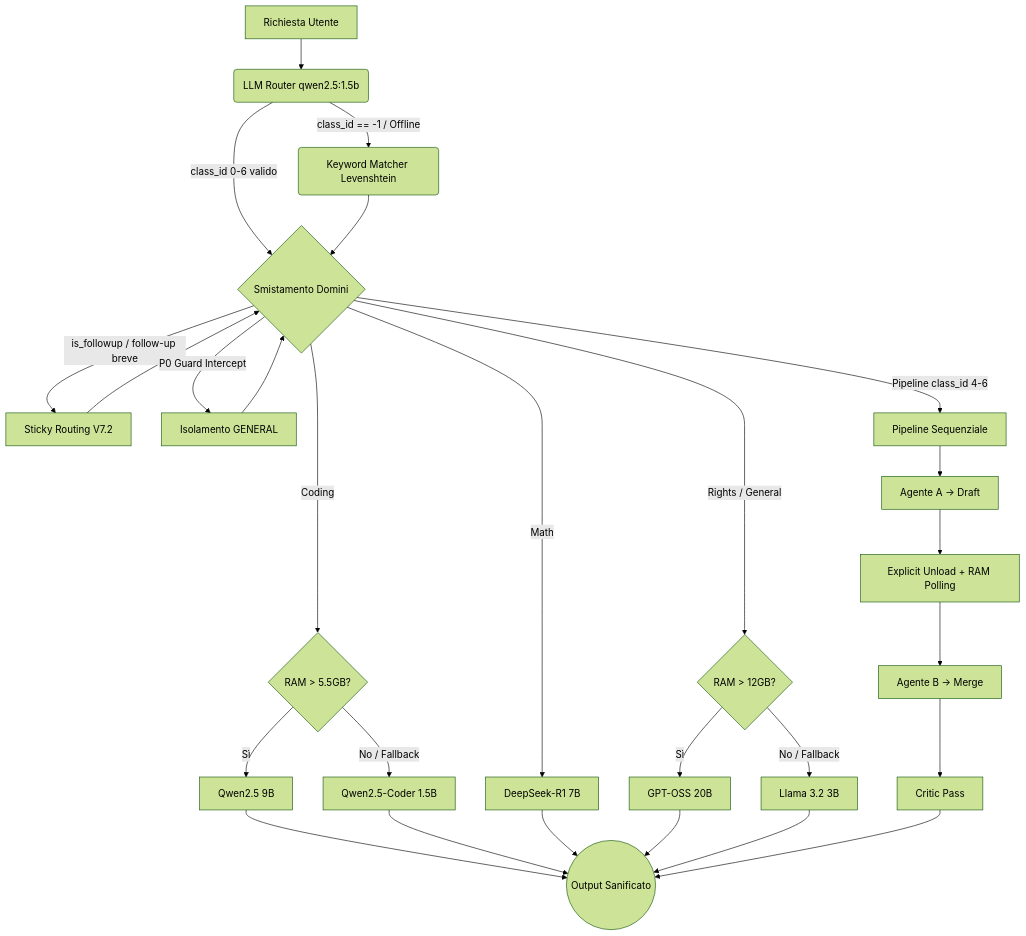
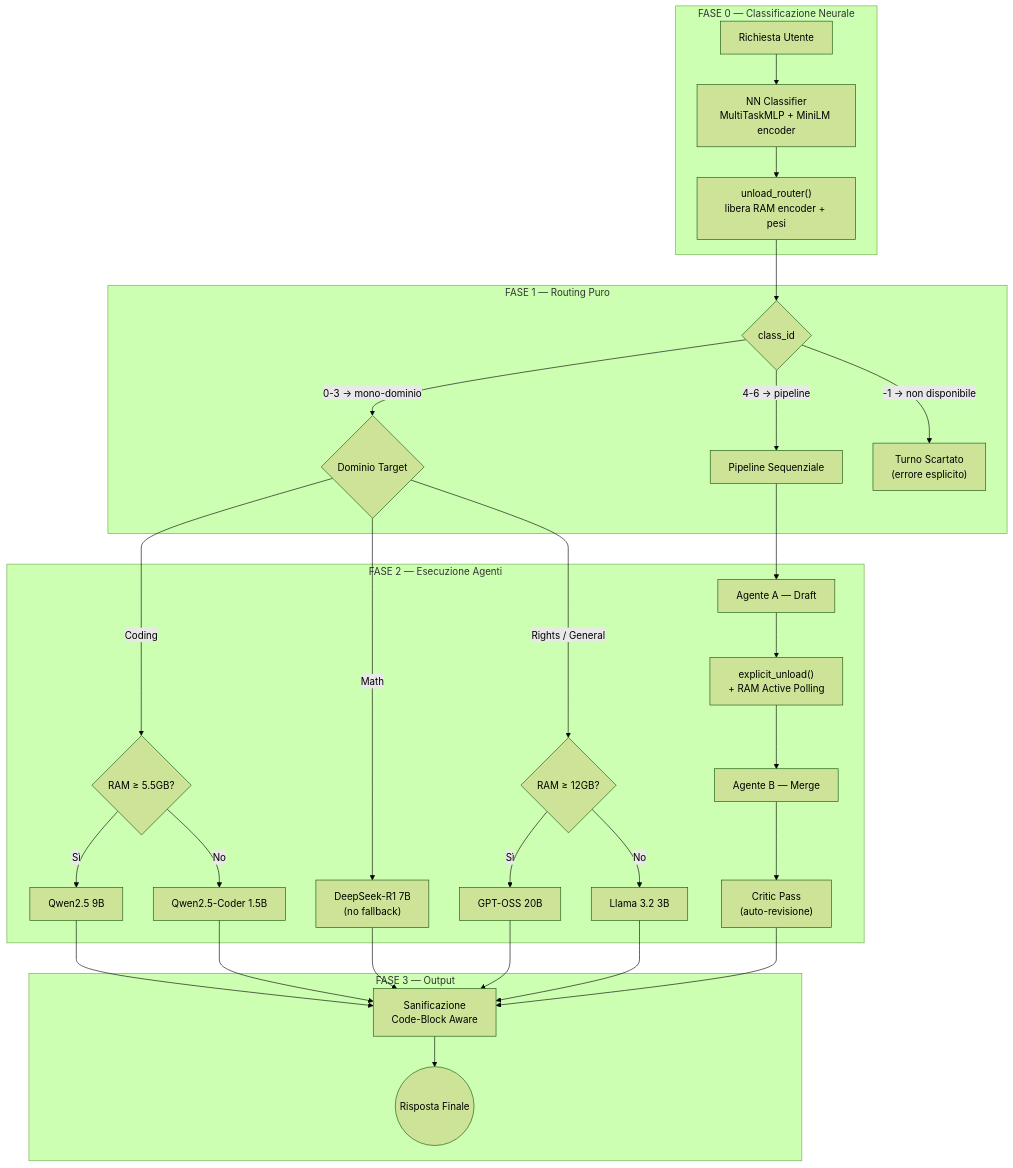
Before and after one commit to r-bat05/CYA-N: the diagram in README.md, drawn with Mermaid (forest theme). The commit also changed other lines of this file and 10 other files, not shown here.

````diff
--- a/README.md
+++ b/README.md
@@ -32,36 +35,41 @@
 ```mermaid
 graph TD
-    A[Richiesta Utente] --> B(LLM Router qwen2.5:1.5b)
-    B -->|class_id == -1 / Offline| C(Keyword Matcher Levenshtein)
-    B -->|class_id 0-6 valido| D{Smistamento Domini}
-    C --> D
+    subgraph FASE0["FASE 0 — Classificazione Neurale"]
+        A[Richiesta Utente] --> B["NN Classifier<br/>MultiTaskMLP + MiniLM encoder"]
+        B --> U["unload_router()<br/>libera RAM encoder + pesi"]
+    end
 
-    D -->|is_followup / follow-up breve| S[Sticky Routing V7.2]
-    S --> D
+    U --> DEC{class_id}
 
-    D -->|P0 Guard Intercept| L[Isolamento GENERAL]
-    L --> D
+    subgraph FASE1["FASE 1 — Routing Puro"]
+        DEC -->|"0-3 → mono-dominio"| MONO{Dominio Target}
+        DEC -->|"4-6 → pipeline"| HYB[Pipeline Sequenziale]
+        DEC -->|"-1 → non disponibile"| ERR["Turno Scartato<br/>(errore esplicito)"]
+    end
 
-    D -->|Coding| E{RAM > 5.5GB?}
-    D -->|Math| F[DeepSeek-R1 7B]
-    D -->|Rights / General| G{RAM > 12GB?}
-    D -->|Pipeline class_id 4-6| P[Pipeline Sequenziale]
+    subgraph FASE2["FASE 2 — Esecuzione Agenti"]
+        MONO -->|Coding| RC{RAM ≥ 5.5GB?}
+        MONO -->|Math| RM["DeepSeek-R1 7B<br/>(no fallback)"]
+        MONO -->|Rights / General| RG{RAM ≥ 12GB?}
 
-    E -->|Sì| H[Qwen2.5 9B]
-    E -->|No / Fallback| I[Qwen2.5-Coder 1.5B]
+        RC -->|Sì| H1[Qwen2.5 9B]
+        RC -->|No| H2[Qwen2.5-Coder 1.5B]
+        RG -->|Sì| H3[GPT-OSS 20B]
+        RG -->|No| H4[Llama 3.2 3B]
 
-    G -->|Sì| J[GPT-OSS 20B]
-    G -->|No / Fallback| K[Llama 3.2 3B]
+        HYB --> PA["Agente A — Draft"]
+        PA --> PU["explicit_unload()<br/>+ RAM Active Polling"]
+        PU --> PB["Agente B — Merge"]
+        PB --> PC["Critic Pass<br/>(auto-revisione)"]
+    end
 
-    P --> PA[Agente A → Draft]
-    PA --> PU[Explicit Unload + RAM Polling]
-    PU --> PB[Agente B → Merge]
-    PB --> PC[Critic Pass]
-
-    H --> Z((Output Sanificato))
-    I --> Z
-    F --> Z
-    J --> Z
-    K --> Z
-    PC --> Z
+    subgraph FASE3["FASE 3 — Output"]
+        H1 --> S["Sanificazione<br/>Code-Block Aware"]
+        H2 --> S
+        RM --> S
+        H3 --> S
+        H4 --> S
+        PC --> S
+        S --> Z(("Risposta Finale"))
+    end
 ```
````
